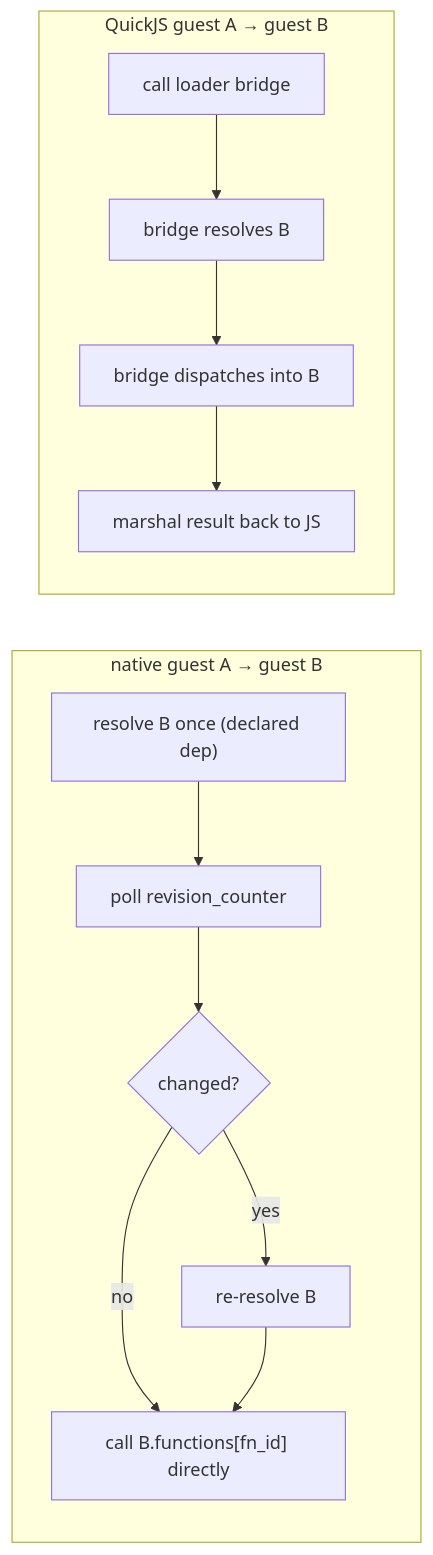
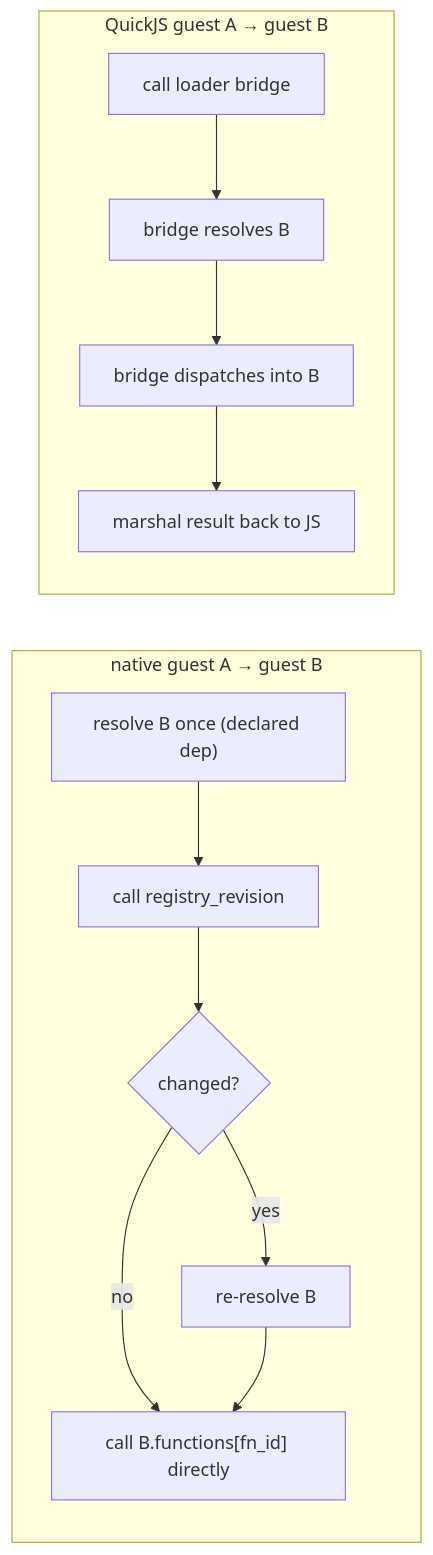
One commit to polyplug/polyplug changed the fifth of 8 diagrams in docs/ARCHITECTURE.md. Above: the diagram before and after it, drawn with Mermaid. The commit also changed other lines of this file and 364 other files, not shown here.

````diff
--- a/docs/ARCHITECTURE.md
+++ b/docs/ARCHITECTURE.md
@@ -186,15 +231,15 @@
 ```mermaid
 flowchart LR
     subgraph Native["native guest A → guest B"]
-        A1["resolve B once (declared dep)"] --> A2["poll revision_counter"]
+        A1["resolve B once (declared dep)"] --> A2["call registry_revision"]
         A2 --> A3{"changed?"}
         A3 -- no --> A4["call B.functions[fn_id] directly"]
         A3 -- yes --> A5["re-resolve B"] --> A4
     end
 
     subgraph JS["QuickJS guest A → guest B"]
         J1["call loader bridge"] --> J2["bridge resolves B"]
         J2 --> J3["bridge dispatches into B"]
         J3 --> J4["marshal result back to JS"]
     end
 ```
````
